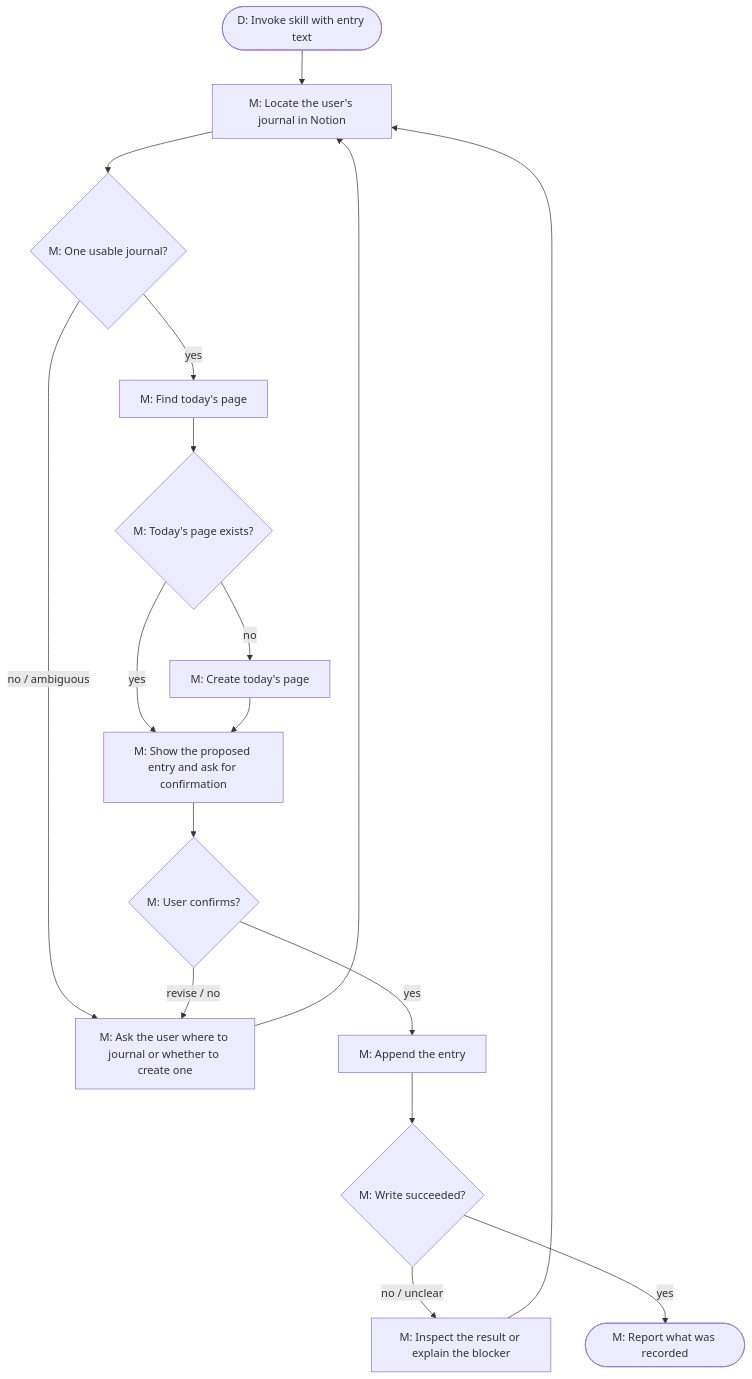
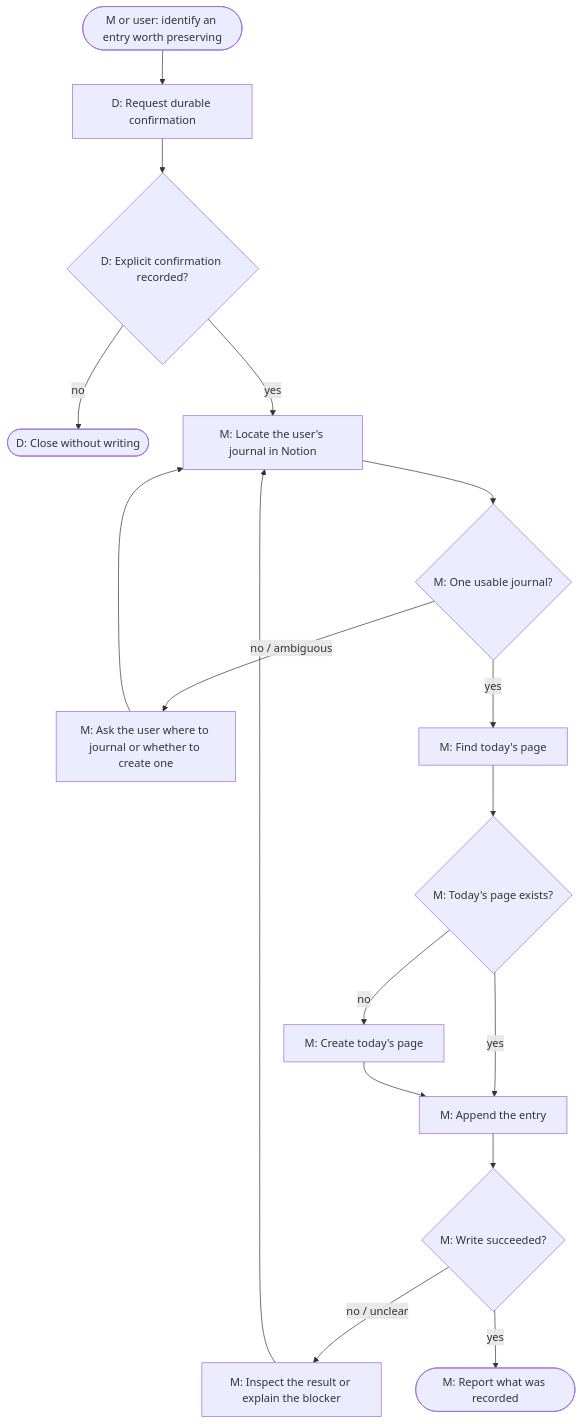
The diagram in docs/skills/journaling.md (kumarabd/agent-harness), drawn with Mermaid before and after one commit. The commit also changed other lines of this file and 2 other files, not shown here.

Commit message:
modified journaling skill

````diff
--- a/docs/skills/journaling.md
+++ b/docs/skills/journaling.md
@@ -9,19 +10,19 @@
 ```mermaid
 flowchart TD
-    Start([D: Invoke skill with entry text]) --> Locate[M: Locate the user's journal in Notion]
+    Start([M or user: identify an entry worth preserving]) --> Confirm[D: Request durable confirmation]
+    Confirm --> Approved{D: Explicit confirmation recorded?}
+    Approved -- no --> Stop([D: Close without writing])
+    Approved -- yes --> Locate[M: Locate the user's journal in Notion]
     Locate --> Found{M: One usable journal?}
     Found -- no / ambiguous --> Clarify[M: Ask the user where to journal or whether to create one]
     Clarify --> Locate
     Found -- yes --> Today[M: Find today's page]
     Today --> Page{M: Today's page exists?}
     Page -- no --> CreatePage[M: Create today's page]
-    Page -- yes --> Confirm
-    CreatePage --> Confirm[M: Show the proposed entry and ask for confirmation]
-    Confirm --> Approved{M: User confirms?}
-    Approved -- revise / no --> Clarify
-    Approved -- yes --> Write[M: Append the entry]
+    Page -- yes --> Write
+    CreatePage --> Write[M: Append the entry]
     Write --> Verify{M: Write succeeded?}
     Verify -- no / unclear --> Diagnose[M: Inspect the result or explain the blocker]
     Diagnose --> Locate
     Verify -- yes --> Report([M: Report what was recorded])
 ```
````
